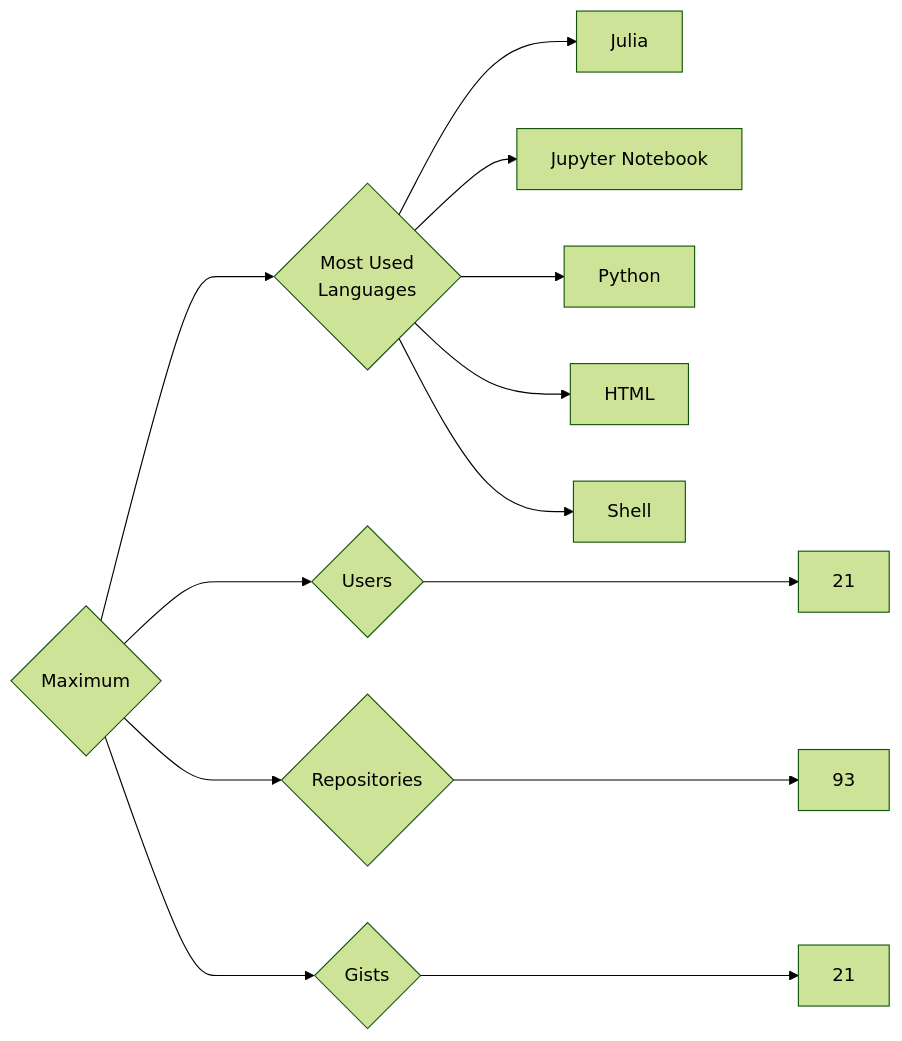
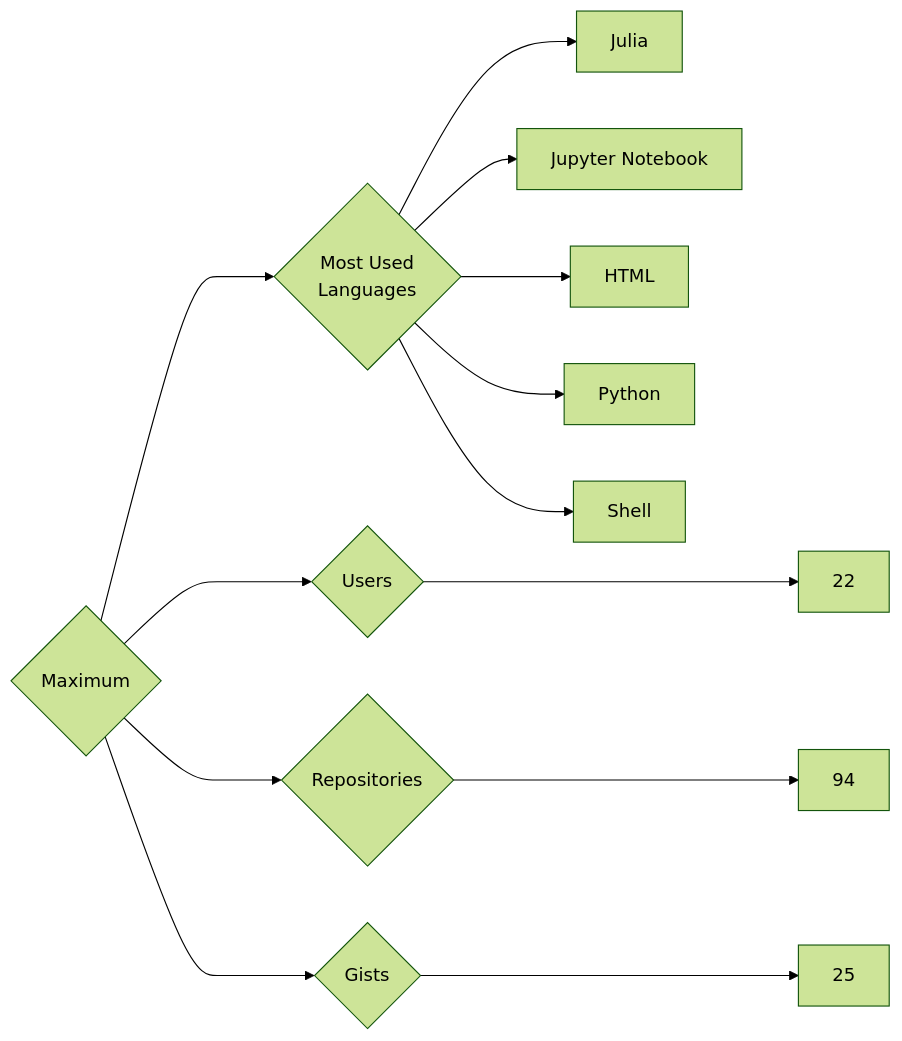
One commit to trickest/insiders changed the diagram in targets/Maximum/README.md. Above: the diagram before and after it, drawn with Mermaid (forest theme). The commit also changed 953 other files, not shown here.

````diff
--- a/targets/Maximum/README.md
+++ b/targets/Maximum/README.md
@@ -3,13 +3,13 @@
 ```mermaid
 graph LR
 COMPANY_NAME{Maximum}
-COMPANY_NAME ---> U{Users} ---> UN[21]
-COMPANY_NAME ---> R{Repositories} ---> RN[93]
-COMPANY_NAME ---> G{Gists} ---> GN[21]
+COMPANY_NAME ---> U{Users} ---> UN[22]
+COMPANY_NAME ---> R{Repositories} ---> RN[94]
+COMPANY_NAME ---> G{Gists} ---> GN[25]
 COMPANY_NAME ---> ML{Most Used<br>Languages}
 ML --> Julia[Julia]
 ML --> Jupyter_Notebook[Jupyter Notebook]
+ML --> HTML[HTML]
 ML --> Python[Python]
-ML --> HTML[HTML]
 ML --> Shell[Shell]
 ```
````
